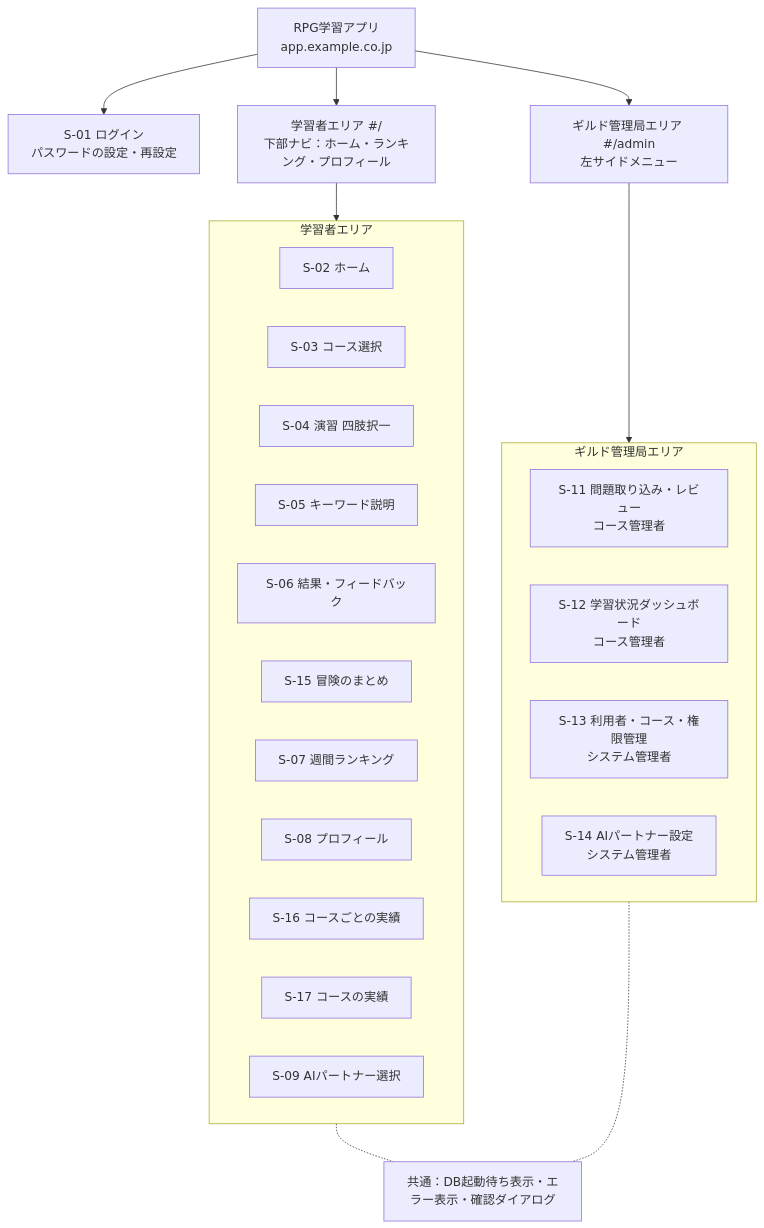
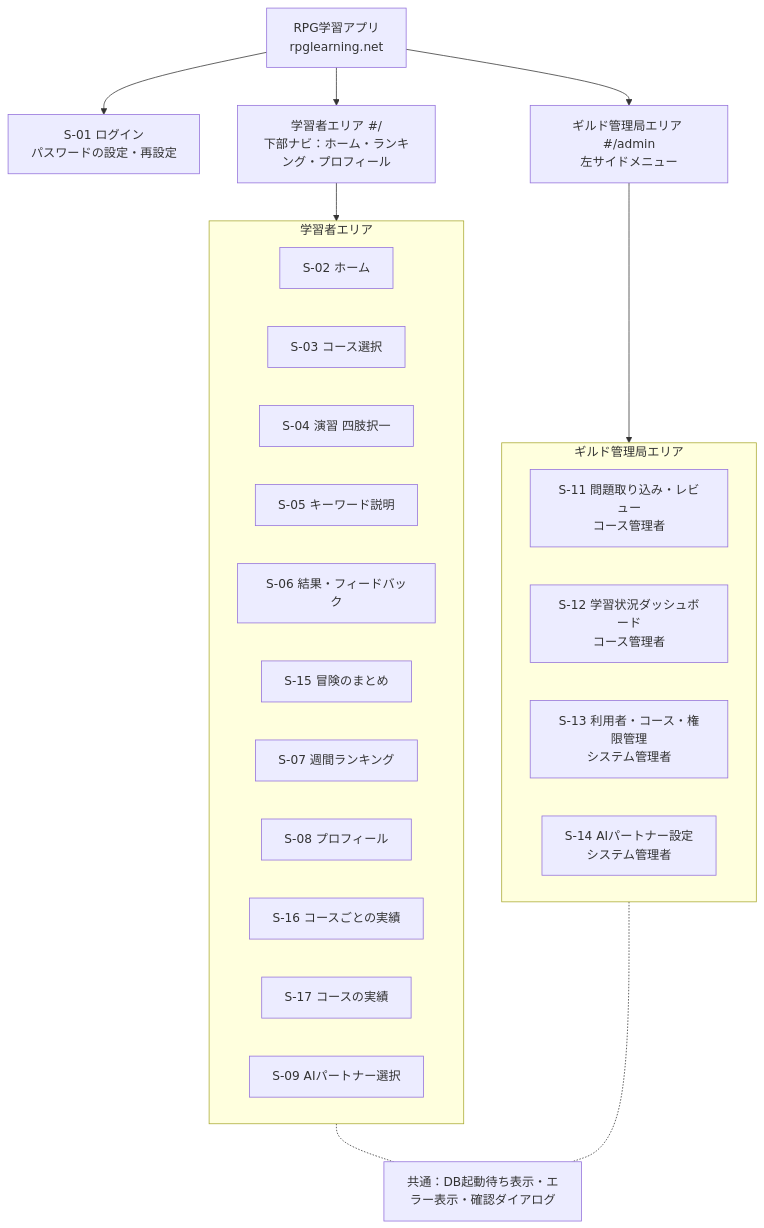
Before and after one commit to pocarialice/rpglearning: the fifth of 18 diagrams in documents/外部設計書_RPG学習アプリ.md, drawn with Mermaid. The commit also changed other lines of this file and 5 other files, not shown here.

````diff
--- a/documents/外部設計書_RPG学習アプリ.md
+++ b/documents/外部設計書_RPG学習アプリ.md
@@ -325,31 +346,31 @@
 ```mermaid
 flowchart TB
-  ROOT["RPG学習アプリ<br>app.example.co.jp"]
+  ROOT["RPG学習アプリ<br>rpglearning.net"]
   ROOT --> AUTH["S-01 ログイン<br>パスワードの設定・再設定"]
   ROOT --> L["学習者エリア #/<br>下部ナビ：ホーム・ランキング・プロフィール"]
   ROOT --> A["ギルド管理局エリア #/admin<br>左サイドメニュー"]
   subgraph LEARN["学習者エリア"]
     S02["S-02 ホーム"]
     S03["S-03 コース選択"]
     S04["S-04 演習 四肢択一"]
     S05["S-05 キーワード説明"]
     S06["S-06 結果・フィードバック"]
     S15["S-15 冒険のまとめ"]
     S07["S-07 週間ランキング"]
     S08["S-08 プロフィール"]
     S16["S-16 コースごとの実績"]
     S17["S-17 コースの実績"]
     S09["S-09 AIパートナー選択"]
   end
   subgraph ADMIN["ギルド管理局エリア"]
     S11["S-11 問題取り込み・レビュー<br>コース管理者"]
     S12["S-12 学習状況ダッシュボード<br>コース管理者"]
     S13["S-13 利用者・コース・権限管理<br>システム管理者"]
     S14["S-14 AIパートナー設定<br>システム管理者"]
   end
   L --> LEARN
   A --> ADMIN
   COMMON["共通：DB起動待ち表示・エラー表示・確認ダイアログ"]
   LEARN -.- COMMON
   ADMIN -.- COMMON
 ```
````
